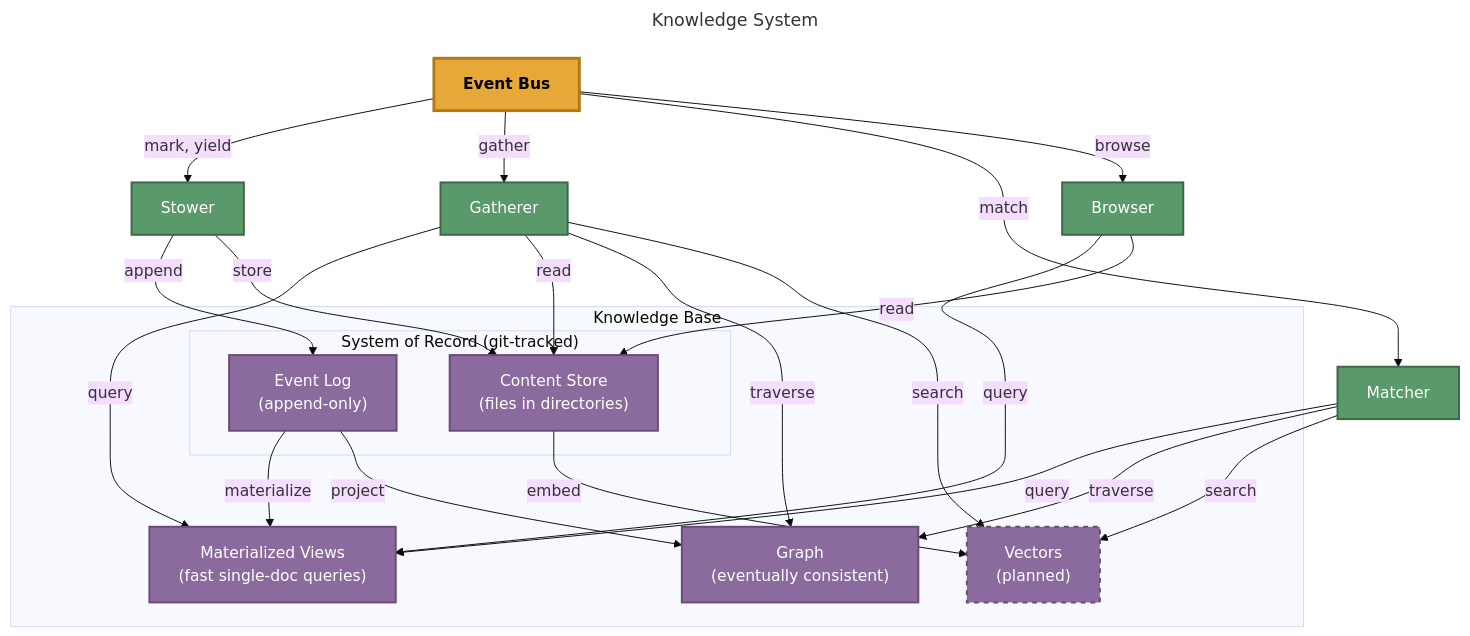
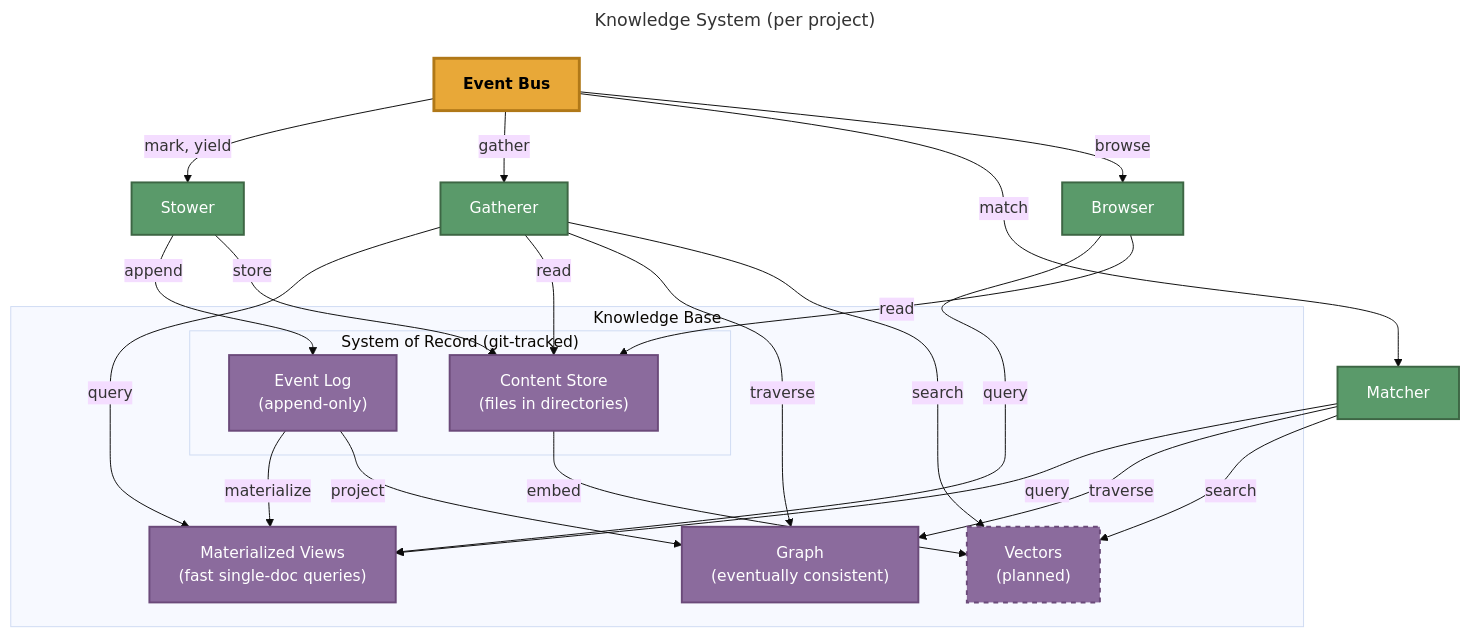
Before and after one commit to The-AI-Alliance/semiont: the third of 3 diagrams in docs/ARCHITECTURE.md, drawn with Mermaid (base theme).

Commit message:
diagram title

````diff
--- a/docs/ARCHITECTURE.md
+++ b/docs/ARCHITECTURE.md
@@ -127,51 +127,51 @@
 ```mermaid
 ---
-title: Knowledge System
+title: Knowledge System (per project)
 ---
 graph TB
     BUS["Event Bus"]
 
     BUS -->|"mark, yield"| STOWER["Stower"]
     BUS -->|"gather"| GATHERER["Gatherer"]
     BUS -->|"match"| MATCHER["Matcher"]
     BUS -->|"browse"| BROWSER["Browser"]
 
     STOWER -->|append| EVENTLOG
     STOWER -->|store| CONTENT
 
     subgraph kb ["Knowledge Base"]
         subgraph sor ["System of Record (git-tracked)"]
             EVENTLOG["Event Log<br/>(append-only)"]
             CONTENT["Content Store<br/>(files in directories)"]
         end
         VIEWS["Materialized Views<br/>(fast single-doc queries)"]
         GRAPH["Graph<br/>(eventually consistent)"]
         VECTORS["Vectors<br/>(planned)"]
 
         EVENTLOG -->|materialize| VIEWS
         EVENTLOG -->|project| GRAPH
         CONTENT -->|embed| VECTORS
     end
 
     GATHERER -->|query| VIEWS
     GATHERER -->|read| CONTENT
     GATHERER -->|traverse| GRAPH
     GATHERER -->|search| VECTORS
 
     MATCHER -->|query| VIEWS
     MATCHER -->|traverse| GRAPH
     MATCHER -->|search| VECTORS
 
     BROWSER -->|query| VIEWS
     BROWSER -->|read| CONTENT
 
     classDef bus fill:#e8a838,stroke:#b07818,stroke-width:3px,color:#000,font-weight:bold
     classDef store fill:#8b6b9d,stroke:#6b4a7a,stroke-width:2px,color:#fff
     classDef planned fill:#8b6b9d,stroke:#6b4a7a,stroke-width:2px,color:#fff,stroke-dasharray: 5 5
     classDef worker fill:#5a9a6a,stroke:#3d6644,stroke-width:2px,color:#fff
 
     class BUS bus
     class EVENTLOG,VIEWS,CONTENT,GRAPH store
     class VECTORS planned
     class STOWER,GATHERER,MATCHER,BROWSER worker
 ```
````
